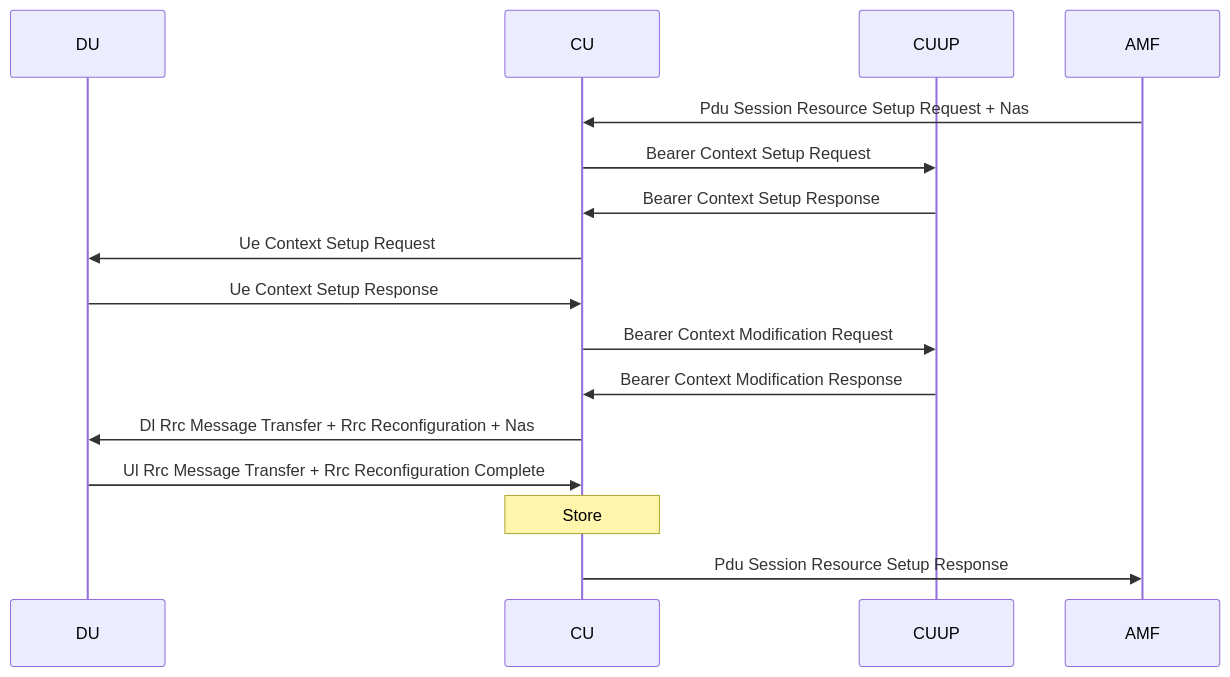
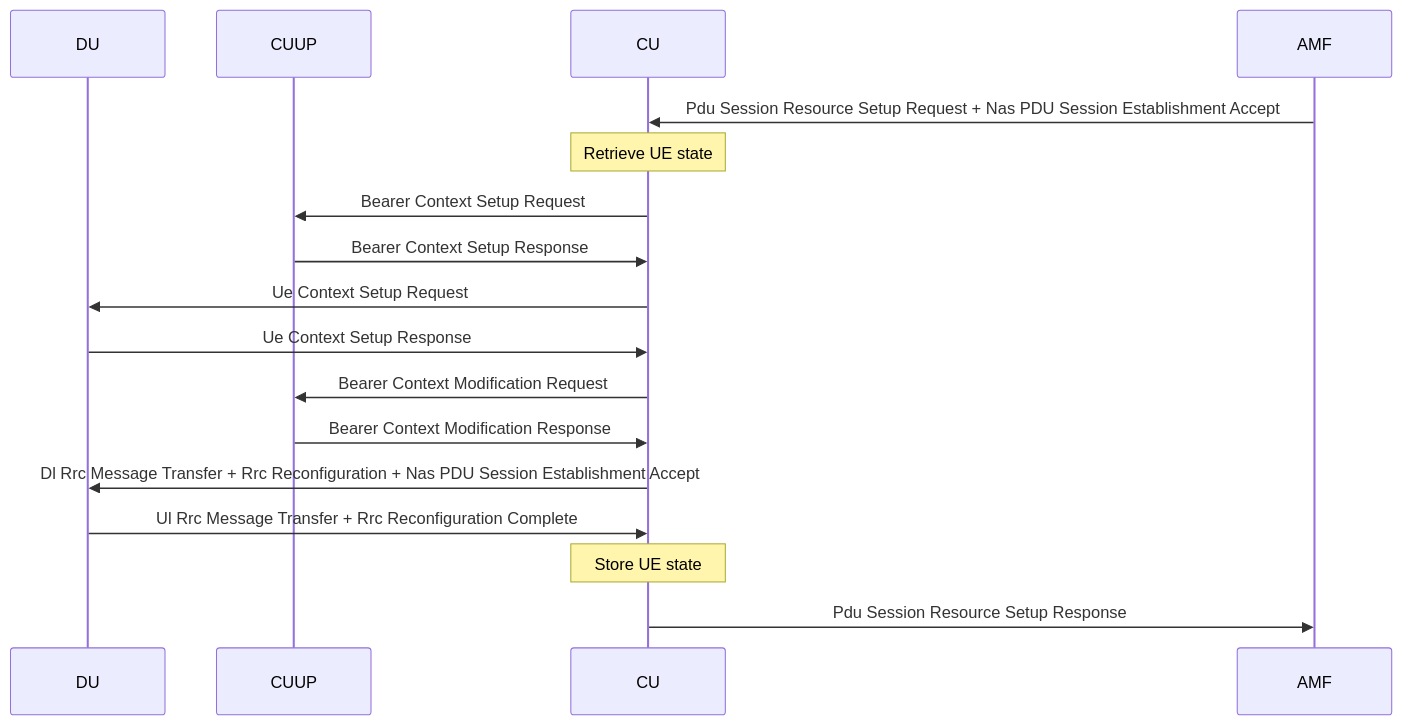
Before and after one commit to nplrkn/alsoran: the diagram in documentation/design/session establishment.md, drawn with Mermaid. The commit also changed other lines of this file and 42 other files, not shown here.

First line of the commit message:
Session establishment (#116)

````diff
--- a/documentation/design/session establishment.md
+++ b/documentation/design/session establishment.md
@@ -5,18 +11,19 @@
 ```mermaid
 sequenceDiagram
   participant DU
+  participant CUUP
   participant CU
-  participant CUUP
   participant AMF
-  AMF->>CU: Pdu Session Resource Setup Request + Nas
+  AMF->>CU: Pdu Session Resource Setup Request + Nas PDU Session Establishment Accept
+  Note over CU: Retrieve UE state
   CU->>CUUP: Bearer Context Setup Request
   CUUP->>CU: Bearer Context Setup Response
   CU->>DU: Ue Context Setup Request
   DU->>CU: Ue Context Setup Response
   CU->>CUUP: Bearer Context Modification Request
   CUUP->>CU: Bearer Context Modification Response
-  CU->>DU: Dl Rrc Message Transfer + Rrc Reconfiguration + Nas
+  CU->>DU: Dl Rrc Message Transfer + Rrc Reconfiguration + Nas PDU Session Establishment Accept
   DU->>CU: Ul Rrc Message Transfer + Rrc Reconfiguration Complete
-  Note over CU: Store
+  Note over CU: Store UE state
   CU->>AMF: Pdu Session Resource Setup Response
 ```
````
